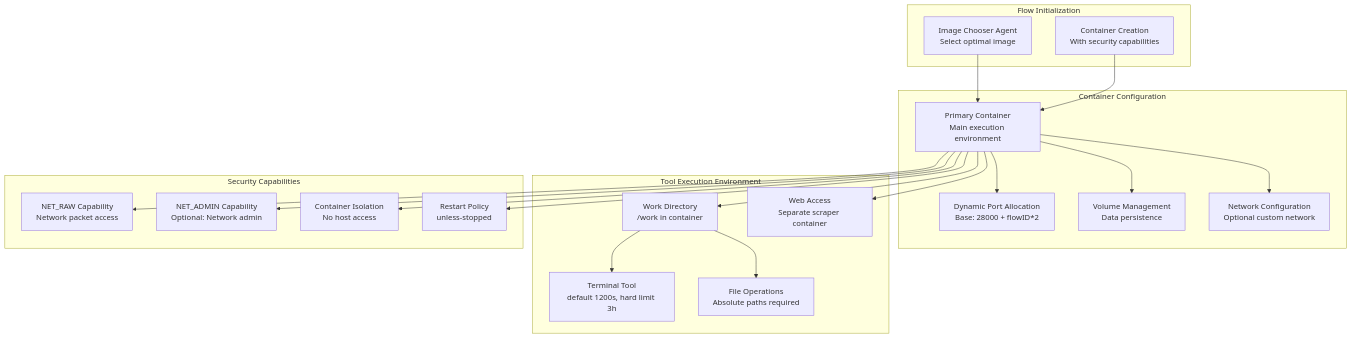
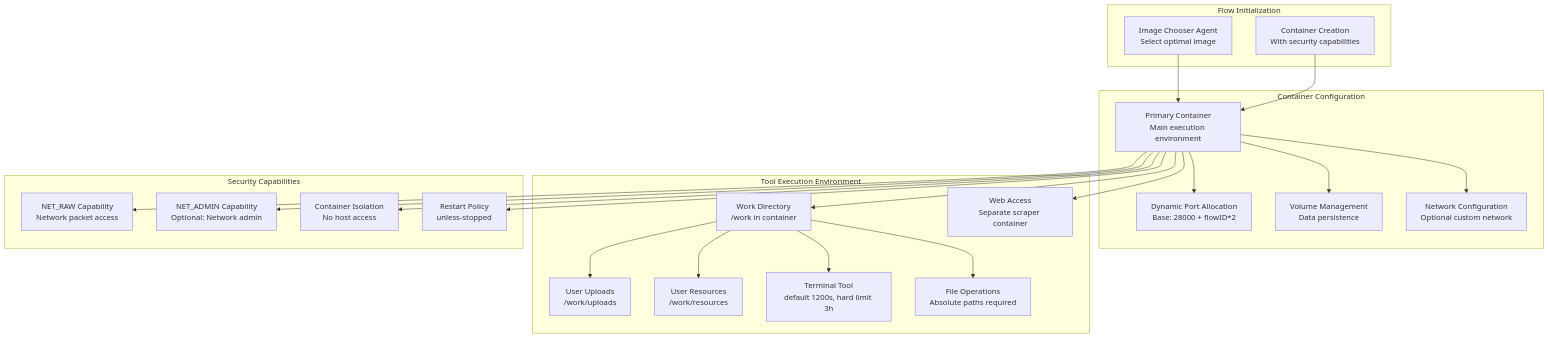
The eighth of 10 diagrams in backend/docs/flow_execution.md (vxcontrol/pentagi), drawn with Mermaid before and after one commit. The commit also changed other lines of this file and 61 other files, not shown here.

First line of the commit message:
feat: add user resources system and flow integration

````diff
--- a/backend/docs/flow_execution.md
+++ b/backend/docs/flow_execution.md
@@ -559,43 +561,47 @@
 ```mermaid
 graph TB
     subgraph "Flow Initialization"
         ImageSelection[Image Chooser Agent<br/>Select optimal image]
         ContainerSpawn[Container Creation<br/>With security capabilities]
     end
     
     subgraph "Container Configuration"
         Primary[Primary Container<br/>Main execution environment]
         Ports[Dynamic Port Allocation<br/>Base: 28000 + flowID*2]
         Volumes[Volume Management<br/>Data persistence]
         Network[Network Configuration<br/>Optional custom network]
     end
     
     subgraph "Tool Execution Environment"
         WorkDir[Work Directory<br/>/work in container]
+        Uploads[User Uploads<br/>/work/uploads]
+        Resources[User Resources<br/>/work/resources]
         Terminal[Terminal Tool<br/>default 1200s, hard limit 3h]
         FileOps[File Operations<br/>Absolute paths required]
         WebAccess[Web Access<br/>Separate scraper container]
     end
     
     ImageSelection --> Primary
     ContainerSpawn --> Primary
     Primary --> Ports
     Primary --> Volumes  
     Primary --> Network
     Primary --> WorkDir
+    WorkDir --> Uploads
+    WorkDir --> Resources
     WorkDir --> Terminal
     WorkDir --> FileOps
     Primary --> WebAccess
     
     subgraph "Security Capabilities"
         NetRaw[NET_RAW Capability<br/>Network packet access]
         NetAdmin[NET_ADMIN Capability<br/>Optional: Network admin]
         Isolation[Container Isolation<br/>No host access]
         RestartPolicy[Restart Policy<br/>unless-stopped]
     end
     
     Primary --> NetRaw
     Primary --> NetAdmin
     Primary --> Isolation
     Primary --> RestartPolicy
 ```
````
